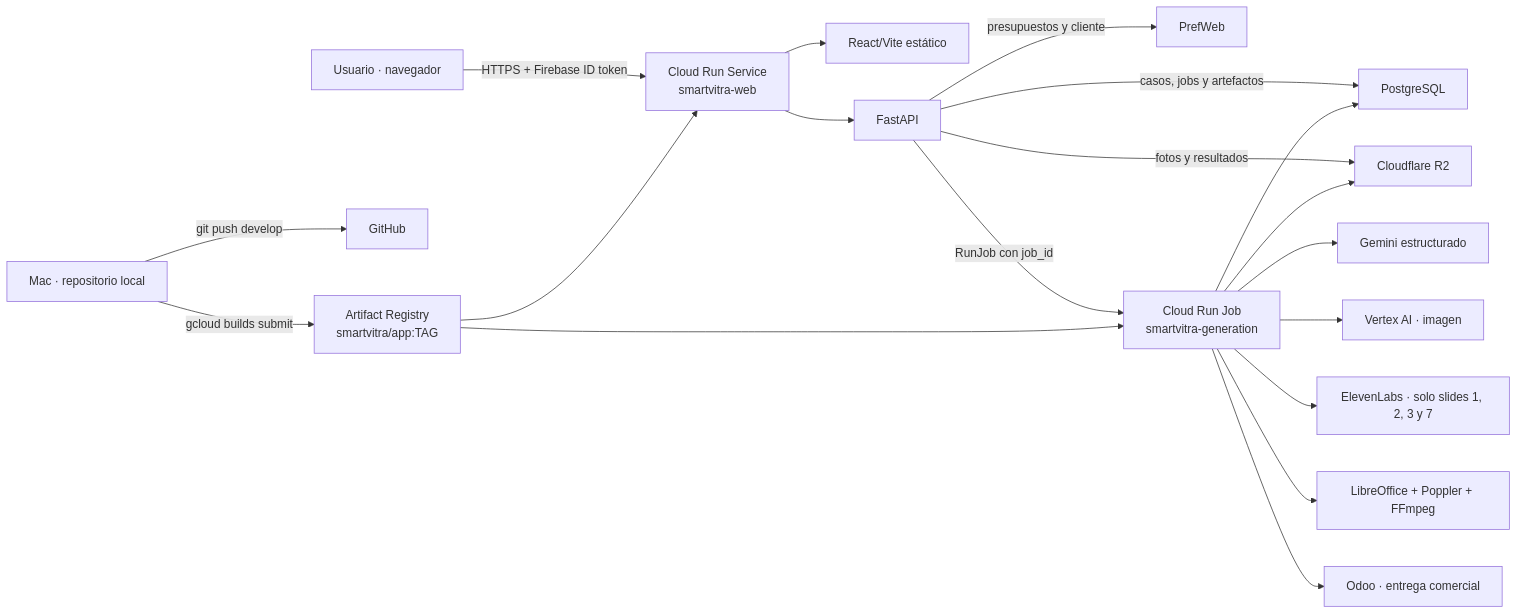
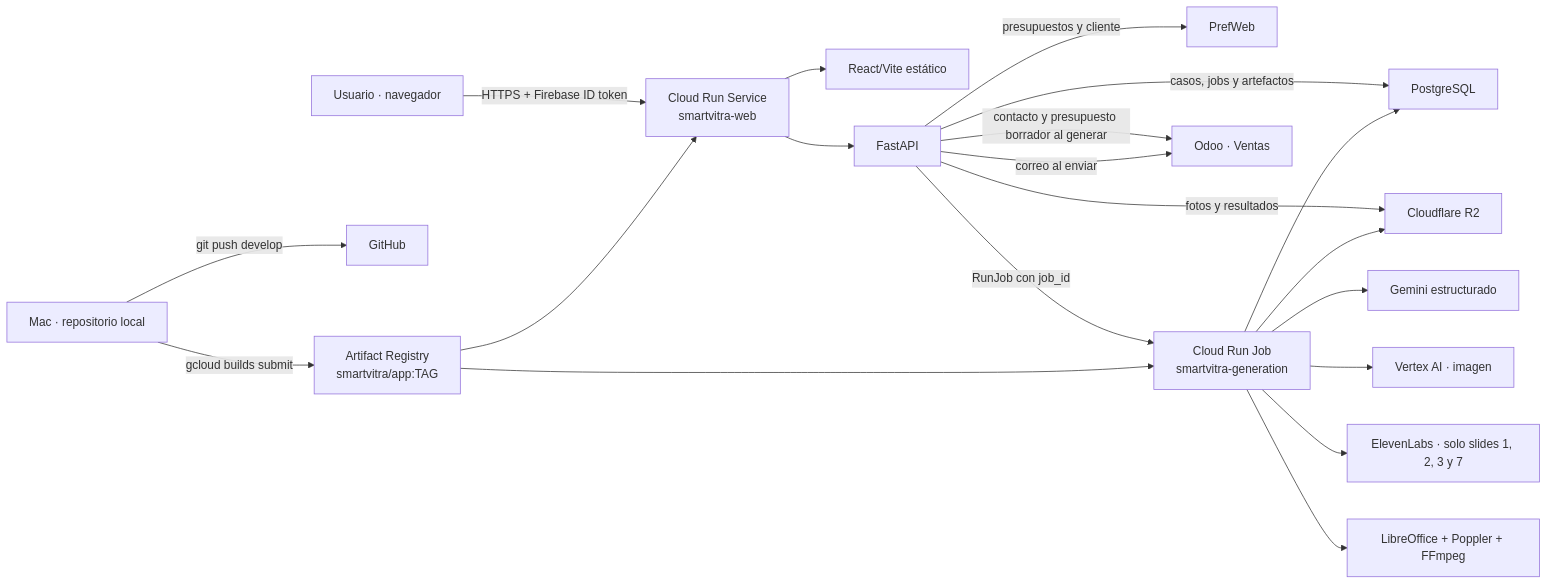
The first of 2 diagrams in ARCHITECTURE.md (albertomx2/smartvitra-automation), drawn with Mermaid before and after one commit. The commit also changed other lines of this file and 19 other files, not shown here.

````diff
--- a/ARCHITECTURE.md
+++ b/ARCHITECTURE.md
@@ -7,24 +7,25 @@
 ```mermaid
 flowchart LR
     U["Usuario · navegador"] -->|"HTTPS + Firebase ID token"| WEB["Cloud Run Service<br/>smartvitra-web"]
     WEB --> FE["React/Vite estático"]
     WEB --> API["FastAPI"]
 
     API -->|"presupuestos y cliente"| PREF["PrefWeb"]
     API -->|"casos, jobs y artefactos"| DB["PostgreSQL"]
     API -->|"fotos y resultados"| R2["Cloudflare R2"]
     API -->|"RunJob con job_id"| JOB["Cloud Run Job<br/>smartvitra-generation"]
 
     JOB --> DB
     JOB --> R2
     JOB --> GEMINI["Gemini estructurado"]
     JOB --> VERTEX["Vertex AI · imagen"]
     JOB --> ELEVEN["ElevenLabs · solo slides 1, 2, 3 y 7"]
     JOB --> TOOLS["LibreOffice + Poppler + FFmpeg"]
-    JOB --> ODOO["Odoo · entrega comercial"]
+    API -->|"contacto y presupuesto borrador al generar"| ODOO["Odoo · Ventas"]
+    API -->|"correo al enviar"| ODOO
 
     SRC["Mac · repositorio local"] -->|"git push develop"| GH["GitHub"]
     SRC -->|"gcloud builds submit"| AR["Artifact Registry<br/>smartvitra/app:TAG"]
     AR --> WEB
     AR --> JOB
 ```
````
